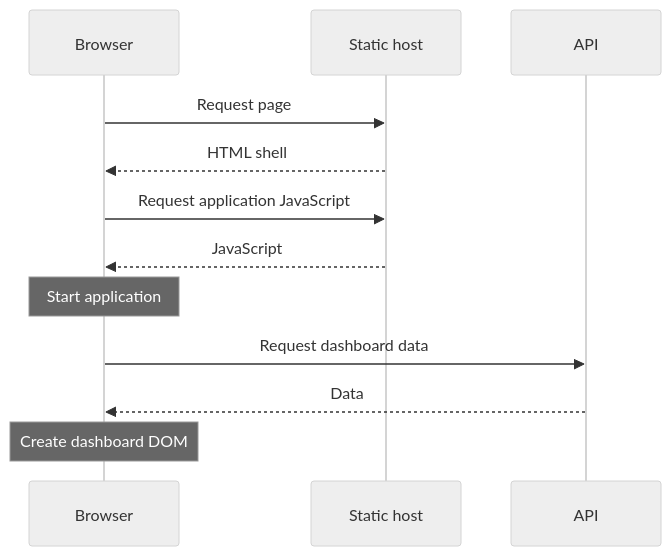
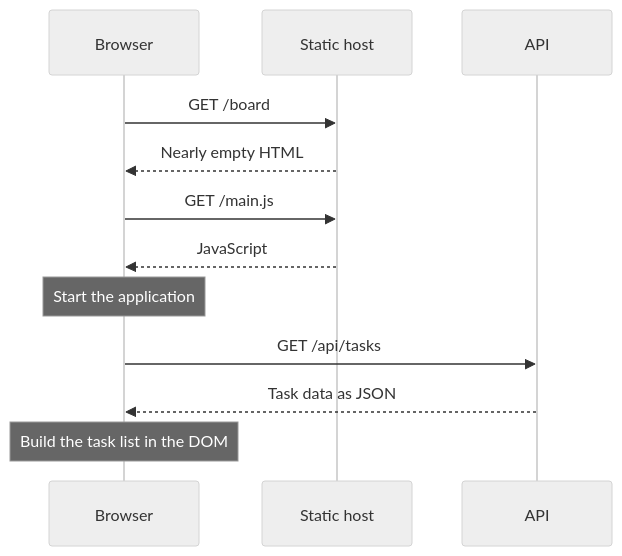
The third of 5 diagrams in src/content/blog/html-rendering-methods.md (theo-matzavinos/dump), drawn with Mermaid (neutral theme) before and after one commit. The commit also changed other lines of this file and 24 other files, not shown here.

First line of the commit message:
Revise all articles for voice, junior readers, and flow

````diff
--- a/src/content/blog/html-rendering-methods.md
+++ b/src/content/blog/html-rendering-methods.md
@@ -177,14 +183,14 @@
 ```mermaid
 sequenceDiagram
     participant B as Browser
     participant H as Static host
     participant A as API
-    B->>H: Request page
-    H-->>B: HTML shell
-    B->>H: Request application JavaScript
+    B->>H: GET /board
+    H-->>B: Nearly empty HTML
+    B->>H: GET /main.js
     H-->>B: JavaScript
-    Note over B: Start application
-    B->>A: Request dashboard data
-    A-->>B: Data
-    Note over B: Create dashboard DOM
+    Note over B: Start the application
+    B->>A: GET /api/tasks
+    A-->>B: Task data as JSON
+    Note over B: Build the task list in the DOM
 ```
````
